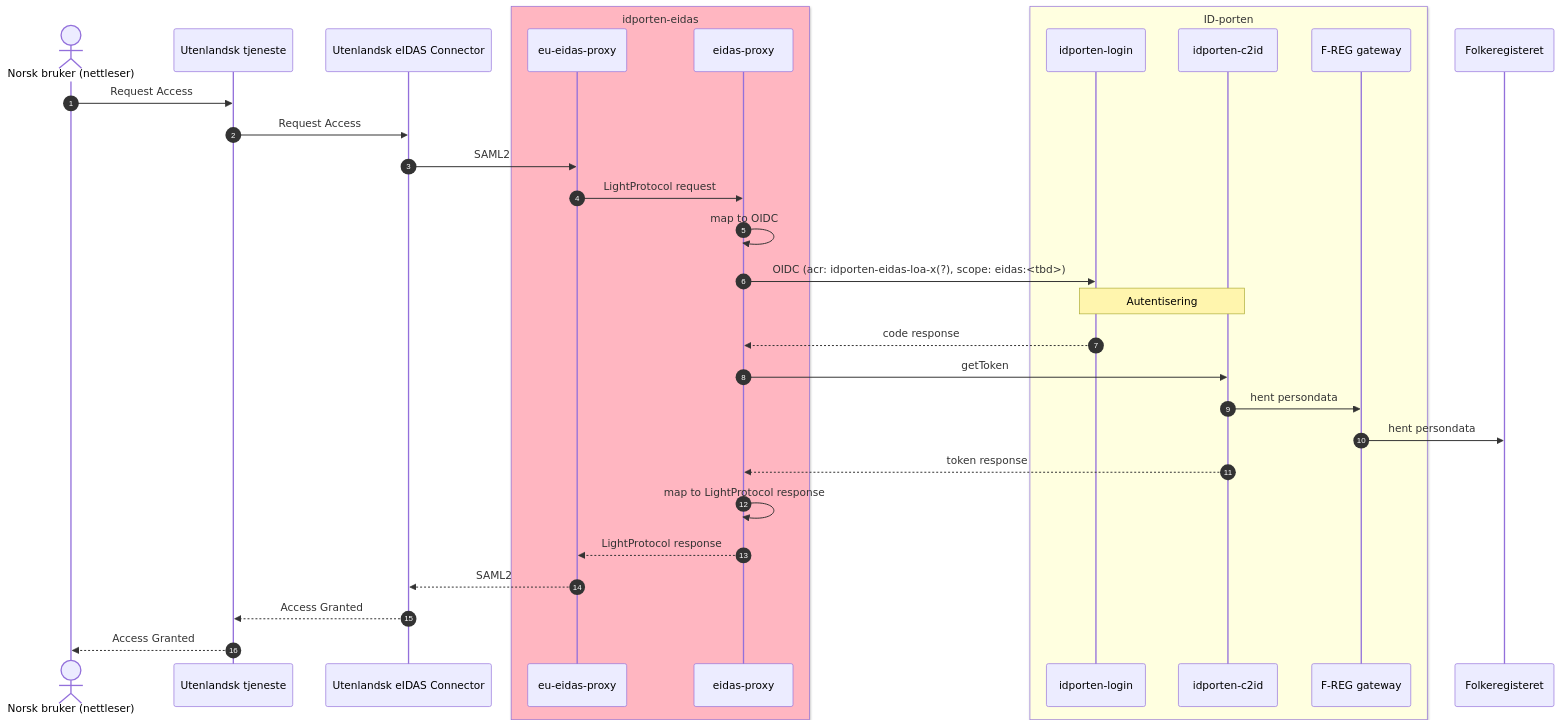
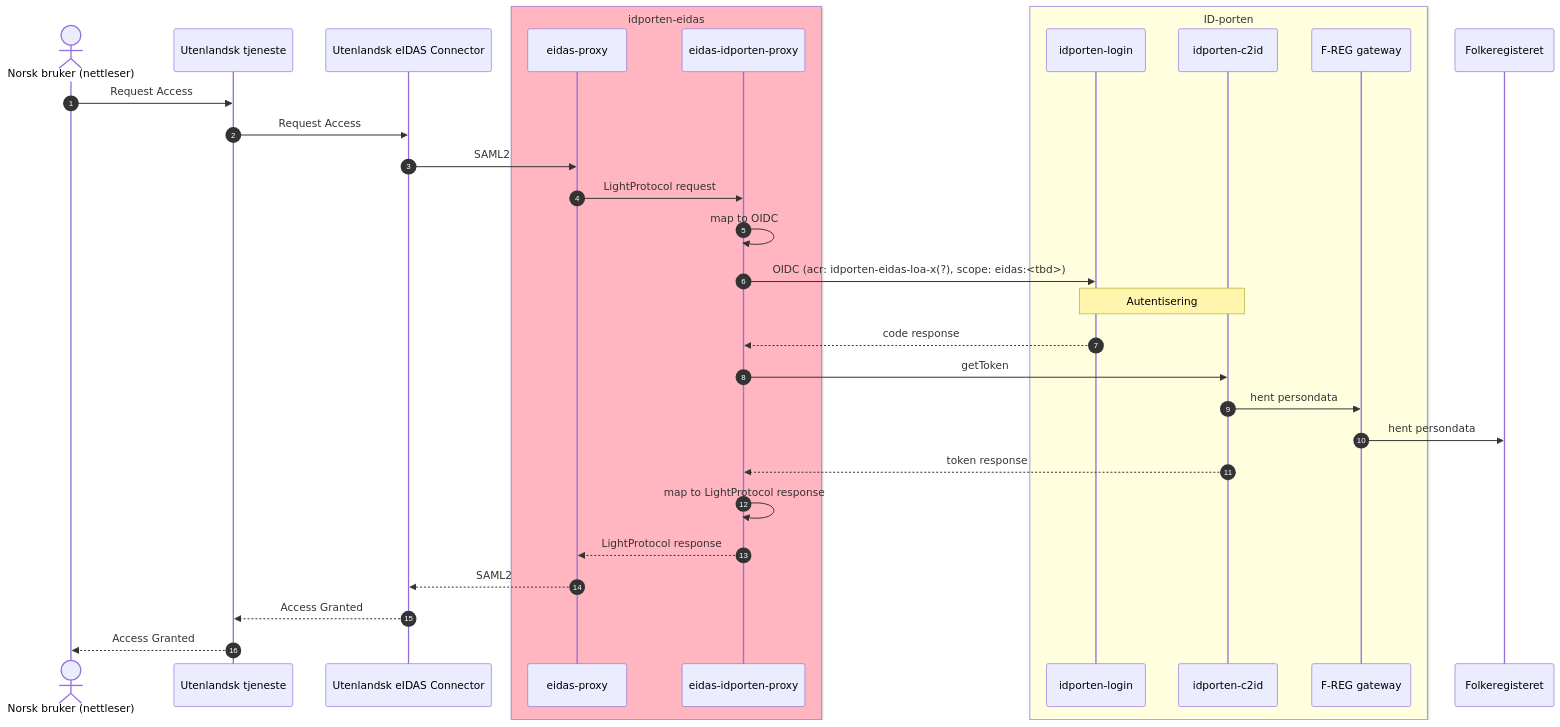
The first of 2 diagrams in README.md (felleslosninger/eidas-demo-countries), drawn with Mermaid before and after one commit. The commit also changed other lines of this file and 9 other files, not shown here.

Commit message:
ID-4275: Rename repo and change urls to eidas-proxy. Standard pipeline (#14)

````diff
--- a/README.md
+++ b/README.md
@@ -40,35 +40,35 @@
 ```mermaid  
 sequenceDiagram
 autonumber
     actor User as Norsk bruker (nettleser)
     participant SP as Utenlandsk tjeneste
     participant UEC as Utenlandsk eIDAS Connector
     box lightpink idporten-eidas
-    participant NEP as eu-eidas-proxy
-    participant SEP as eidas-proxy
+    participant NEP as eidas-proxy
+    participant SEP as eidas-idporten-proxy
     end
     box lightyellow ID-porten
     participant IL as idporten-login
     participant C2ID as idporten-c2id
     participant FRGW as F-REG gateway
     end
     participant FR as Folkeregisteret
 
     User->>SP: Request Access
     SP->>UEC: Request Access
     UEC->>NEP: SAML2
     NEP->>SEP: LightProtocol request
     SEP->>SEP: map to OIDC 
     SEP->>IL: OIDC (acr: idporten-eidas-loa-x(?), scope: eidas:<tbd>)
     Note over IL,C2ID: Autentisering
     IL-->>SEP: code response
     SEP->>C2ID: getToken
     C2ID->>FRGW: hent persondata
     FRGW->>FR: hent persondata
     C2ID-->>SEP: token response
     SEP->>SEP: map to LightProtocol response
     SEP-->>NEP: LightProtocol response
     NEP-->>UEC: SAML2
     UEC-->>SP: Access Granted
     SP-->>User: Access Granted
 ```    
````
